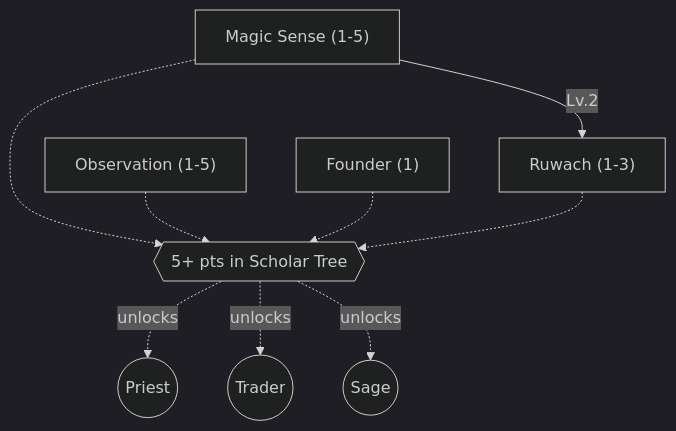
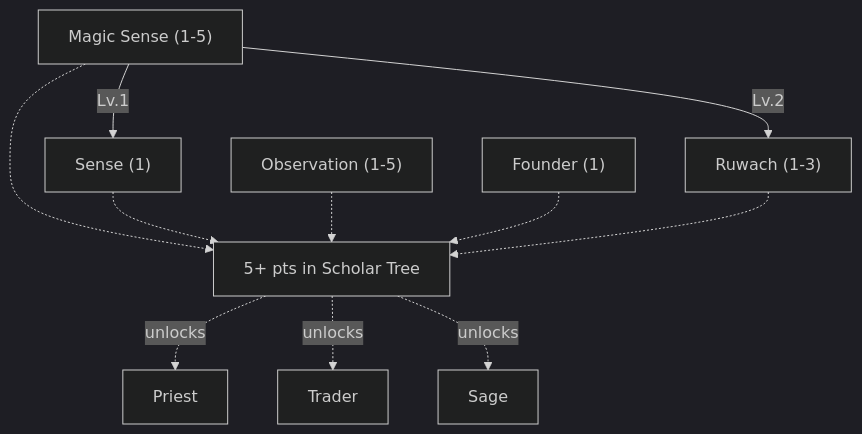
One commit to tfelix/bestia-docs changed the tenth of 16 diagrams in content/docs/mechanics/master.md. Above: the diagram before and after it, drawn with Mermaid (dark theme). The commit also changed other lines of this file, not shown here.

````diff
--- a/content/docs/mechanics/master.md
+++ b/content/docs/mechanics/master.md
@@ -853,20 +853,23 @@
 ```mermaid
 graph TD
     MagicSense["Magic Sense (1-5)"]
+    Sense["Sense (1)"]
     Observation["Observation (1-5)"]
     Founder["Founder (1)"]
     Ruwach["Ruwach (1-3)"]
-    Gate{{"5+ pts in Scholar Tree"}}
-    Priest(("Priest"))
-    Trader(("Trader"))
-    Sage(("Sage"))
+    Gate["5+ pts in Scholar Tree"]
+    Priest["Priest"]
+    Trader["Trader"]
+    Sage["Sage"]
 
     MagicSense -->|Lv.2| Ruwach
+    MagicSense -->|Lv.1| Sense
     MagicSense -.-> Gate
+    Sense -.-> Gate
     Observation -.-> Gate
     Founder -.-> Gate
     Ruwach -.-> Gate
     Gate -.->|unlocks| Priest
     Gate -.->|unlocks| Trader
     Gate -.->|unlocks| Sage
 ```
````
